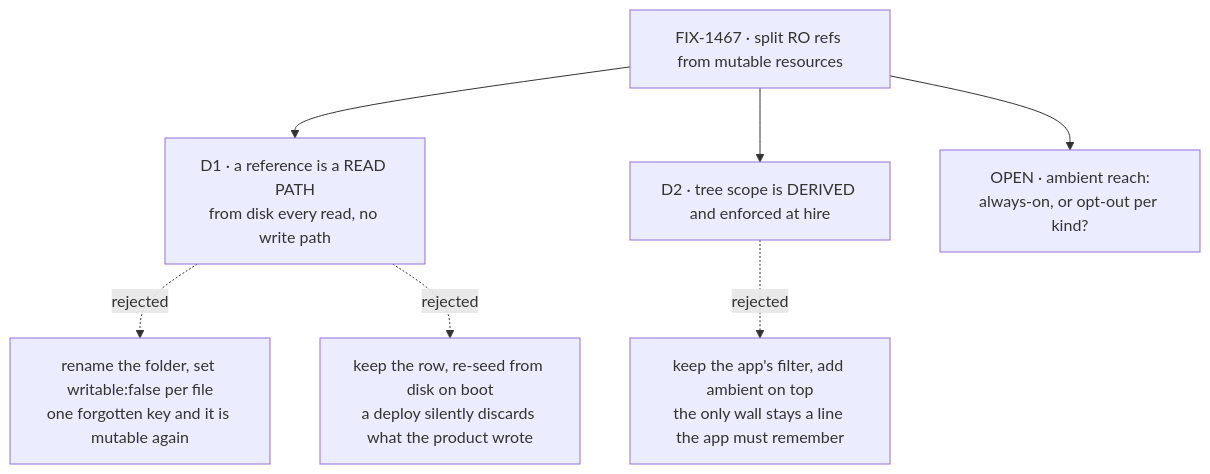
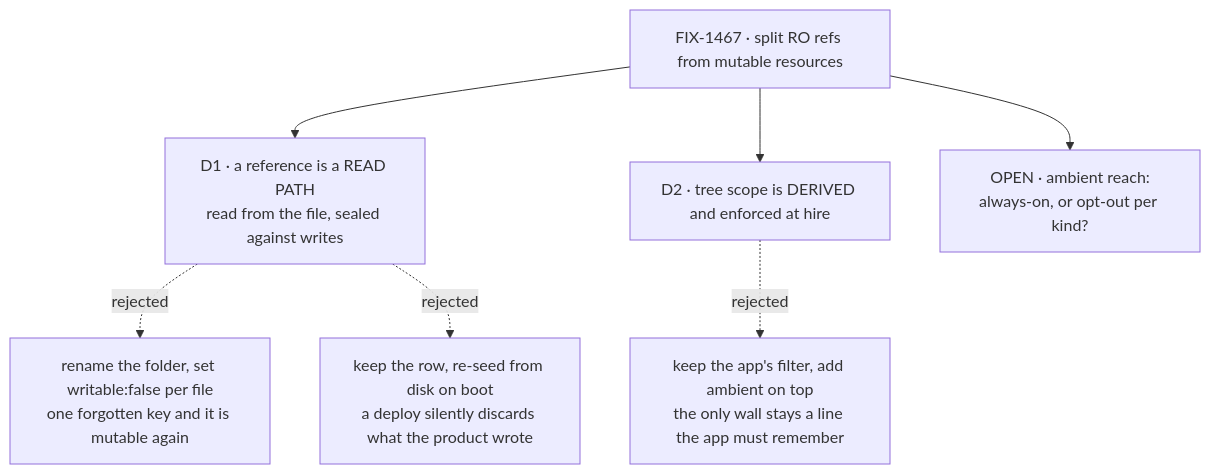
The diagram in spec/FIX-1467/DECISIONS.md (fixpoint-labs/flow-state-dev), drawn with Mermaid before and after one commit. The commit also changed other lines of this file and 6 other files, not shown here.

````diff
--- a/spec/FIX-1467/DECISIONS.md
+++ b/spec/FIX-1467/DECISIONS.md
@@ -10,9 +10,9 @@
 ```mermaid
 flowchart TD
-  I["FIX-1467 · split RO refs from mutable resources"] --> D1["D1 · a reference is a READ PATH<br/>from disk every read, no write path"]
+  I["FIX-1467 · split RO refs from mutable resources"] --> D1["D1 · a reference is a READ PATH<br/>read from the file, sealed against writes"]
   D1 -.->|"rejected"| X1["rename the folder, set writable:false per file<br/>one forgotten key and it is mutable again"]
   D1 -.->|"rejected"| X2["keep the row, re-seed from disk on boot<br/>a deploy silently discards what the product wrote"]
   I --> D2["D2 · tree scope is DERIVED and enforced at hire"]
   D2 -.->|"rejected"| X3["keep the app's filter, add ambient on top<br/>the only wall stays a line the app must remember"]
   I --> Q["OPEN · ambient reach:<br/>always-on, or opt-out per kind?"]
 ```
````
